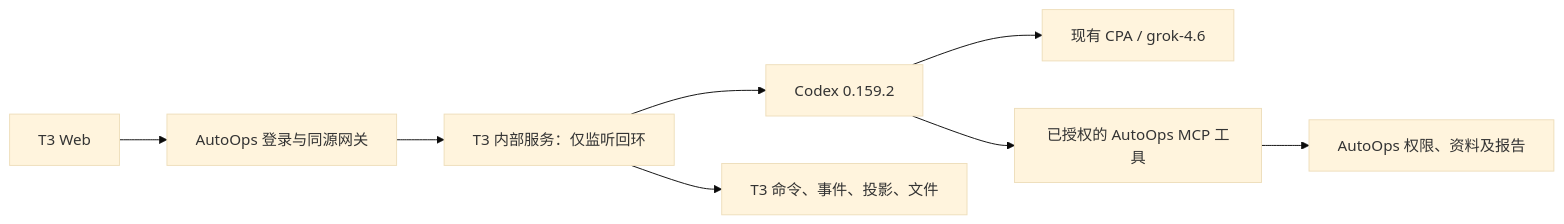
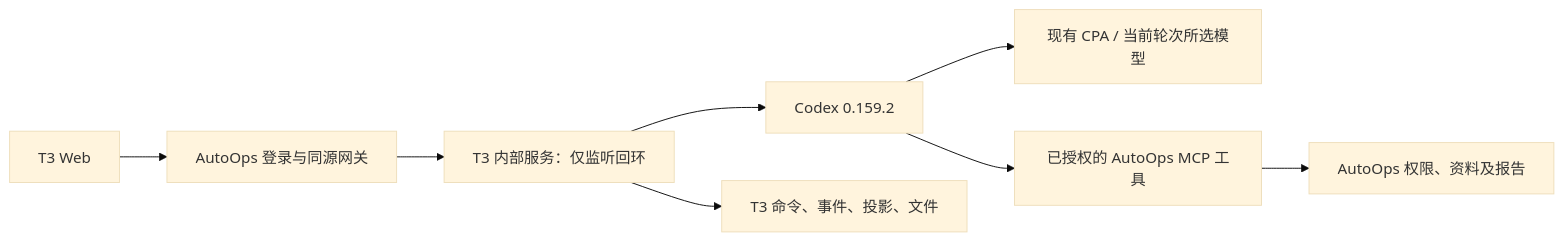
Before and after one commit to coco-ari/CodeMinificationRepository: the diagram in examples/agent-demo-t3-deployment.md, drawn with Mermaid (base theme). The commit also changed other lines of this file and 56 other files, not shown here.

````diff
--- a/examples/agent-demo-t3-deployment.md
+++ b/examples/agent-demo-t3-deployment.md
@@ -90,10 +138,10 @@
 ```mermaid
 flowchart LR
   Browser[T3 Web] --> Gateway[AutoOps 登录与同源网关]
   Gateway --> Core[T3 内部服务：仅监听回环]
   Core --> Native[Codex 0.159.2]
-  Native --> CPA[现有 CPA / grok-4.6]
+  Native --> CPA[现有 CPA / 当前轮次所选模型]
   Native --> MCP[已授权的 AutoOps MCP 工具]
   Core --> DB[T3 命令、事件、投影、文件]
   MCP --> Business[AutoOps 权限、资料及报告]
 ```
````
